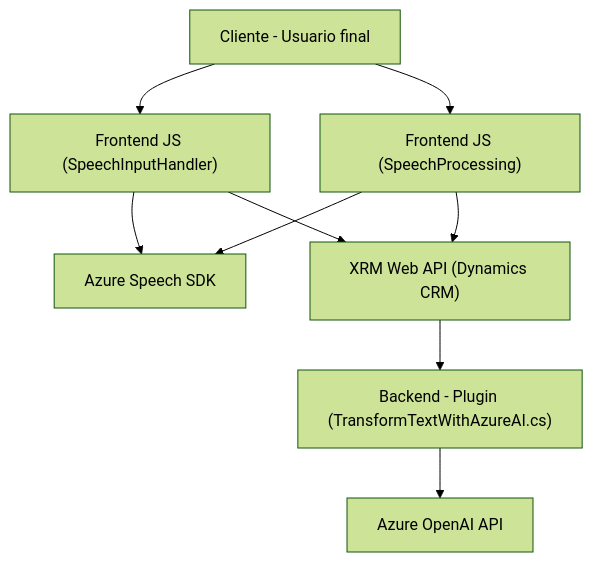
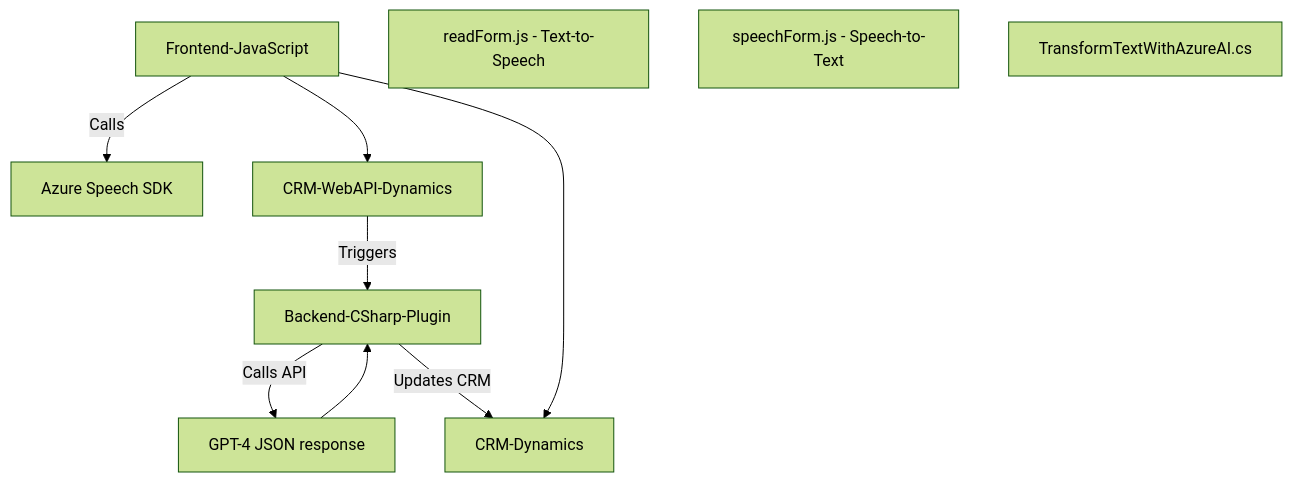
Before and after one commit to blopezdm/NETCORE_BILBAO2025: the diagram in README.md, drawn with Mermaid (forest theme). The commit also changed other lines of this file, not shown here.

````diff
--- a/README.md
+++ b/README.md
@@ -49,16 +40,22 @@
 ```mermaid
 graph TD
-    A["Cliente - Usuario final"]
-    B["Frontend JS (SpeechInputHandler)"]
-    C["Frontend JS (SpeechProcessing)"]
-    D["Backend - Plugin (TransformTextWithAzureAI.cs)"]
-    E["Azure Speech SDK"]
-    F["Azure OpenAI API"]
-    G["XRM Web API (Dynamics CRM)"]
-    
-    A --> B --> E
-    A --> C --> E
-    C --> G
-    B --> G
-    G --> D --> F
+    A[Frontend-JavaScript]
+    A1["readForm.js - Text-to-Speech"]
+    A2["speechForm.js - Speech-to-Text"]
+    A3[Azure Speech SDK]
+    A4[CRM-WebAPI-Dynamics]
+
+    B[Backend-CSharp-Plugin]
+    B1["TransformTextWithAzureAI.cs"]
+
+    C[Azure OpenAI Service]
+    D[CRM-Dynamics]
+
+    A-->|Calls|A3
+    A-->A4
+    A4-->|Triggers|B
+    B-->|Calls API|C
+    C["GPT-4 JSON response"]-->B
+    B-->|Updates CRM|D
+    A-->D
 ```
````
